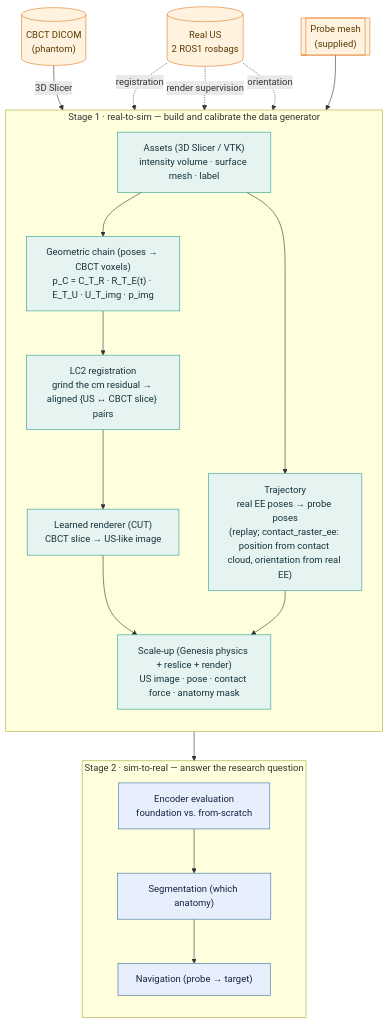
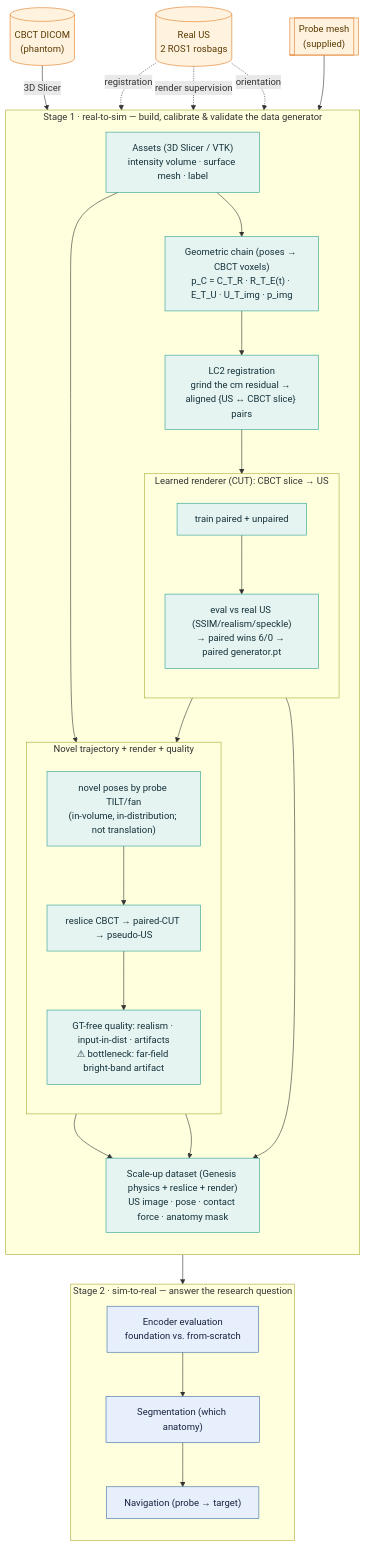
Before and after one commit to JerryPlain/deepussim: the diagram in README.md, drawn with Mermaid. The commit also changed other lines of this file, not shown here.

First line of the commit message:
docs(readme): renderer-data pipeline — mermaid, step-by-step runbook, status

````diff
--- a/README.md
+++ b/README.md
@@ -27,39 +27,57 @@
 ```mermaid
 flowchart TB
     CBCT[("CBCT DICOM<br/>(phantom)")]
     USREAL[("Real US<br/>2 ROS1 rosbags")]
     PROBE[["Probe mesh<br/>(supplied)"]]
 
-    subgraph STAGE1["Stage 1 · real-to-sim — build and calibrate the data generator"]
+    subgraph STAGE1["Stage 1 · real-to-sim — build, calibrate &amp; validate the data generator"]
         direction TB
         ASSETS["Assets (3D Slicer / VTK)<br/>intensity volume · surface mesh · label"]
         CHAIN["Geometric chain (poses → CBCT voxels)<br/>p_C = C_T_R · R_T_E(t) · E_T_U · U_T_img · p_img"]
         LC2["LC2 registration<br/>grind the cm residual → aligned {US ↔ CBCT slice} pairs"]
-        REND["Learned renderer (CUT)<br/>CBCT slice → US-like image"]
-        TRAJ["Trajectory<br/>real EE poses → probe poses<br/>(replay; contact_raster_ee: position from contact cloud, orientation from real EE)"]
-        SCALE["Scale-up (Genesis physics + reslice + render)<br/>US image · pose · contact force · anatomy mask"]
+
+        subgraph RENDER["Learned renderer (CUT): CBCT slice → US"]
+            direction TB
+            TRAIN["train paired + unpaired"]
+            REVAL["eval vs real US (SSIM/realism/speckle)<br/>→ paired wins 6/0 → paired generator.pt"]
+            TRAIN --> REVAL
+        end
+
+        subgraph TRAJq["Novel trajectory + render + quality"]
+            direction TB
+            TILT["novel poses by probe TILT/fan<br/>(in-volume, in-distribution; not translation)"]
+            REND2["reslice CBCT → paired-CUT → pseudo-US"]
+            QUAL["GT-free quality: realism · input-in-dist · artifacts<br/>⚠ bottleneck: far-field bright-band artifact"]
+            TILT --> REND2 --> QUAL
+        end
+
+        SCALE["Scale-up dataset (Genesis physics + reslice + render)<br/>US image · pose · contact force · anatomy mask"]
     end
 
     subgraph STAGE2["Stage 2 · sim-to-real — answer the research question"]
         direction TB
         ENC["Encoder evaluation<br/>foundation vs. from-scratch"]
         SEG["Segmentation (which anatomy)"]
         NAV["Navigation (probe → target)"]
     end
 
     CBCT -->|3D Slicer| ASSETS
     USREAL -. registration .-> LC2
-    USREAL -. render supervision .-> REND
-    USREAL -. orientation .-> TRAJ
+    USREAL -. render supervision .-> TRAIN
+    USREAL -. orientation .-> TILT
     PROBE --> SCALE
-    ASSETS --> CHAIN --> LC2 --> REND --> SCALE
-    ASSETS --> TRAJ --> SCALE
+    ASSETS --> CHAIN --> LC2 --> TRAIN
+    REVAL --> REND2
+    REVAL --> SCALE
+    ASSETS --> TILT
+    TILT --> SCALE
+    QUAL --> SCALE
     SCALE --> ENC --> SEG --> NAV
 
     classDef s1 fill:#e6f4f1,stroke:#2a9d8f,color:#14323b;
     classDef s2 fill:#e7eefc,stroke:#3a6ea5,color:#16233f;
     classDef inp fill:#fff3e0,stroke:#e07a1f,color:#5a3a00;
-    class ASSETS,CHAIN,LC2,REND,TRAJ,SCALE s1;
+    class ASSETS,CHAIN,LC2,TRAIN,REVAL,TILT,REND2,QUAL,SCALE s1;
     class ENC,SEG,NAV s2;
     class CBCT,USREAL,PROBE inp;
 ```
````
